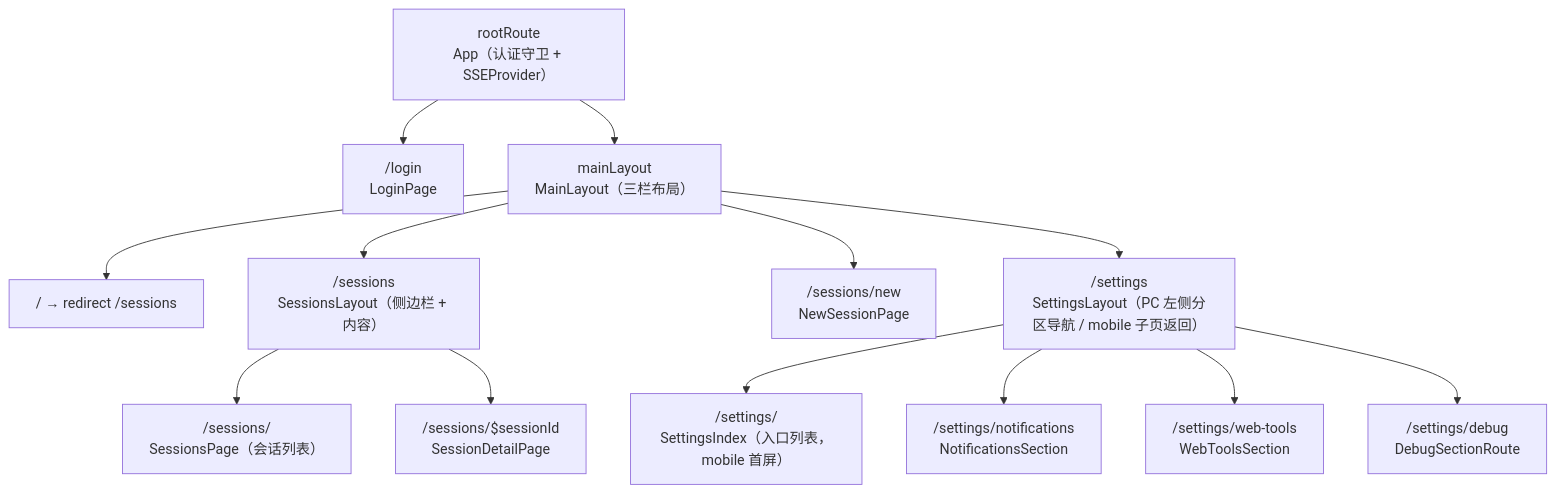
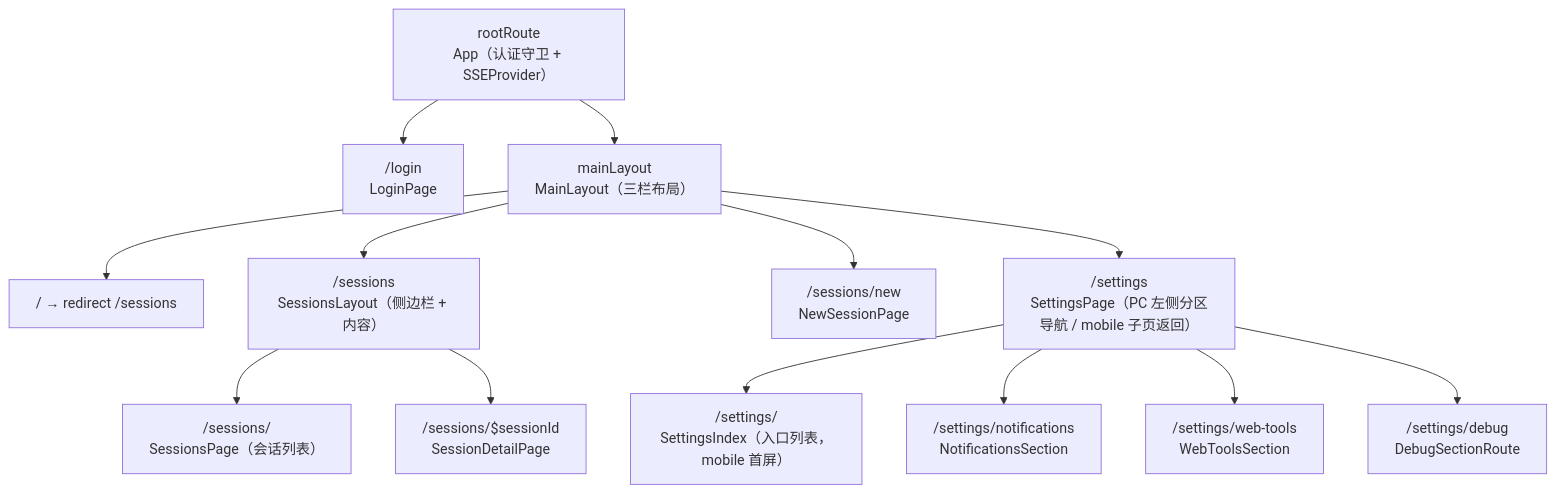
The second of 5 diagrams in docs/architecture/web/README.md (ModuBit/mobi), drawn with Mermaid before and after one commit. The commit also changed other lines of this file and 342 other files, not shown here.

````diff
--- a/docs/architecture/web/README.md
+++ b/docs/architecture/web/README.md
@@ -319,22 +326,22 @@
 ```mermaid
 graph TD
     Root["rootRoute<br/>App（认证守卫 + SSEProvider）"]
     Login["/login<br/>LoginPage"]
     Main["mainLayout<br/>MainLayout（三栏布局）"]
 
     Root --> Login
     Root --> Main
 
     Main --> Index["/ → redirect /sessions"]
     Main --> SessionsLayout["/sessions<br/>SessionsLayout（侧边栏 + 内容）"]
     Main --> NewSession["/sessions/new<br/>NewSessionPage"]
-    Main --> Settings["/settings<br/>SettingsLayout（PC 左侧分区导航 / mobile 子页返回）"]
+    Main --> Settings["/settings<br/>SettingsPage（PC 左侧分区导航 / mobile 子页返回）"]
 
     SessionsLayout --> SessionList["/sessions/<br/>SessionsPage（会话列表）"]
     SessionsLayout --> SessionDetail["/sessions/$sessionId<br/>SessionDetailPage"]
 
     Settings --> SettingsIndex["/settings/<br/>SettingsIndex（入口列表，mobile 首屏）"]
     Settings --> Notifications["/settings/notifications<br/>NotificationsSection"]
     Settings --> WebTools["/settings/web-tools<br/>WebToolsSection"]
     Settings --> Debug["/settings/debug<br/>DebugSectionRoute"]
 ```
````
